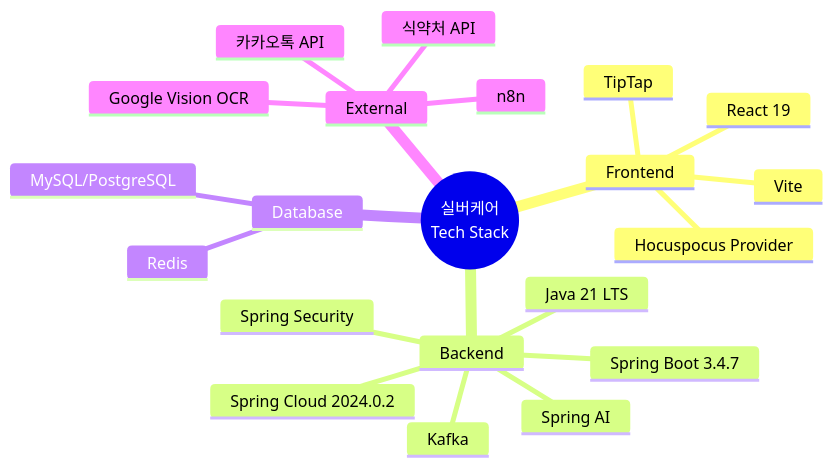
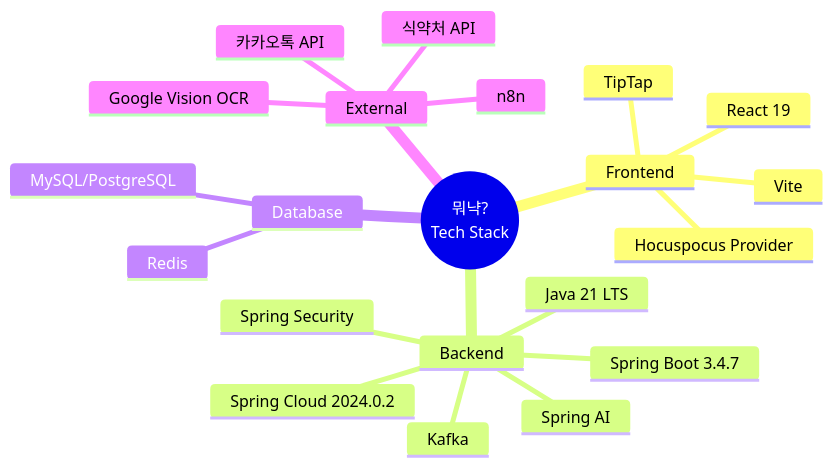
The ninth of 9 diagrams in ARCHITECTURE.md (KOSA2025-FINAL-PROJECT-TEAM3/.github), drawn with Mermaid before and after one commit. The commit also changed other lines of this file and 17 other files, not shown here.

````diff
--- a/ARCHITECTURE.md
+++ b/ARCHITECTURE.md
@@ -612,24 +612,24 @@
 ```mermaid
 mindmap
-  root((실버케어<br/>Tech Stack))
+  root((뭐냑?<br/>Tech Stack))
     Frontend
       React 19
       Vite
       TipTap
       Hocuspocus Provider
     Backend
       Java 21 LTS
       Spring Boot 3.4.7
       Spring Cloud 2024.0.2
       Spring Security
       Spring AI
       Kafka
     Database
       MySQL/PostgreSQL
       Redis
     External
       Google Vision OCR
       식약처 API
       카카오톡 API
       n8n
 ```
````
